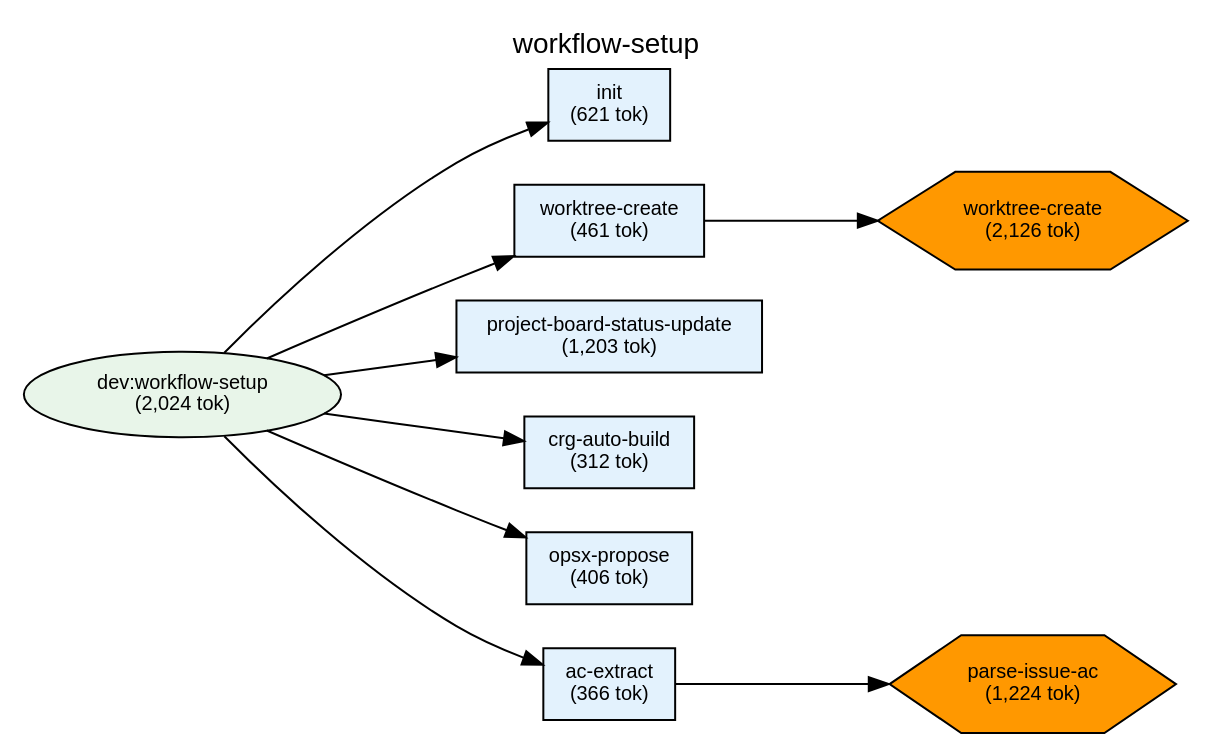
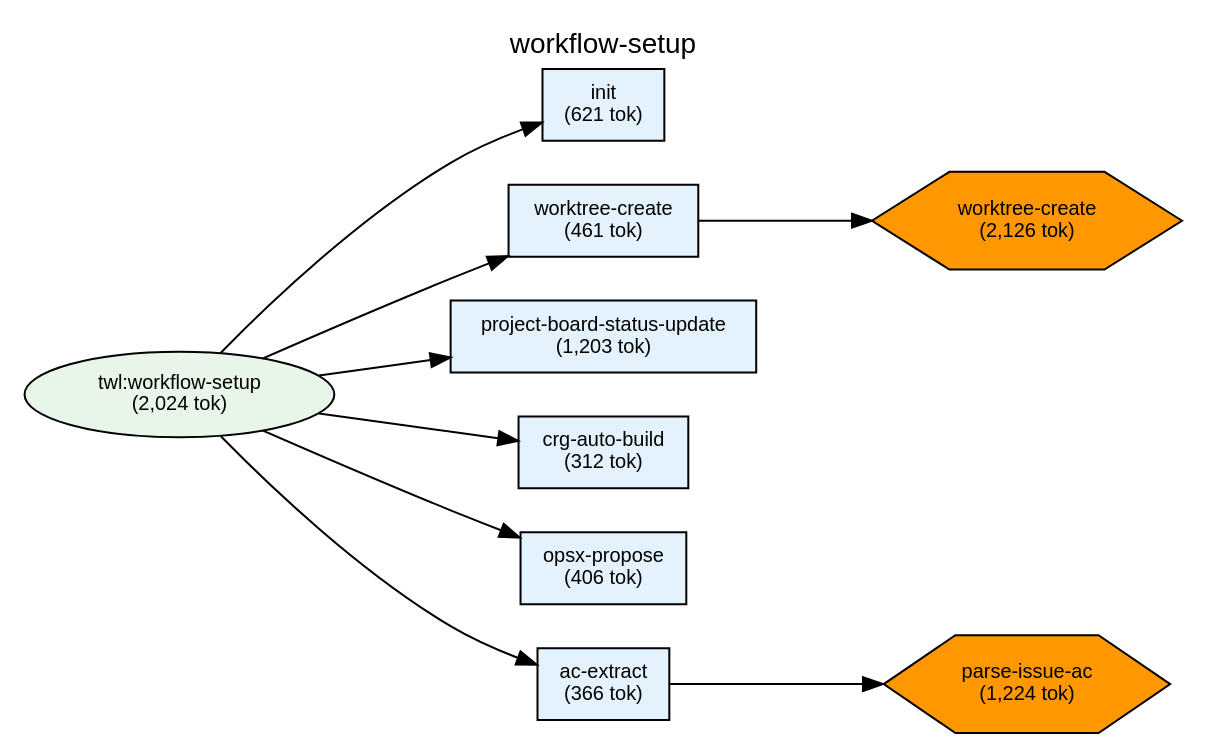
The diagram in plugins/twl/docs/deps-workflow-setup.dot (shuu5/twill), drawn with Graphviz before and after one commit. The commit also changed 19 other files, not shown here.

```diff
--- a/plugins/twl/docs/deps-workflow-setup.dot
+++ b/plugins/twl/docs/deps-workflow-setup.dot
@@ -1,62 +1,62 @@
 digraph Dependencies {
     // Graph settings
     rankdir=LR;
     ranksep=0.8;
     nodesep=0.3;
     fontname="Helvetica";
     node [fontname="Helvetica", fontsize=10];
     edge [fontname="Helvetica", fontsize=9];
     label="workflow-setup";
     labelloc=t;
     fontsize=14;
 
     // L0: Controller Skills
 
     // L0: Launchers
 
     // L0.5: Workflow Skills
-    skill_workflow_setup [label="dev:workflow-setup\n(2,024 tok)", shape=ellipse, style=filled, fillcolor="#e8f5e9"];
+    skill_workflow_setup [label="twl:workflow-setup\n(2,024 tok)", shape=ellipse, style=filled, fillcolor="#e8f5e9"];
 
     // Reference Skills
 
     // L1: Direct Commands
     cmd_init [label="init\n(621 tok)", shape=box, style=filled, fillcolor="#e3f2fd"];
     cmd_worktree_create [label="worktree-create\n(461 tok)", shape=box, style=filled, fillcolor="#e3f2fd"];
     cmd_project_board_status_update [label="project-board-status-update\n(1,203 tok)", shape=box, style=filled, fillcolor="#e3f2fd"];
     cmd_crg_auto_build [label="crg-auto-build\n(312 tok)", shape=box, style=filled, fillcolor="#e3f2fd"];
     cmd_opsx_propose [label="opsx-propose\n(406 tok)", shape=box, style=filled, fillcolor="#e3f2fd"];
     cmd_ac_extract [label="ac-extract\n(366 tok)", shape=box, style=filled, fillcolor="#e3f2fd"];
 
     // L2: Sub Commands
 
     // L3: Agents
 
     // L3.5: Scripts
     script_worktree_create [label="worktree-create\n(2,126 tok)", shape=hexagon, style=filled, fillcolor="#FF9800"];
     script_parse_issue_ac [label="parse-issue-ac\n(1,224 tok)", shape=hexagon, style=filled, fillcolor="#FF9800"];
 
     // L4: External
 
     // Layer constraints
     { rank=same; skill_workflow_setup; }
     { rank=same; cmd_init; cmd_worktree_create; cmd_project_board_status_update; cmd_crg_auto_build; cmd_opsx_propose; cmd_ac_extract; }
     { rank=same; script_worktree_create; script_parse_issue_ac; }
 
     // Edges
     skill_workflow_setup -> cmd_init;
     skill_workflow_setup -> cmd_worktree_create;
     skill_workflow_setup -> cmd_project_board_status_update;
     skill_workflow_setup -> cmd_crg_auto_build;
     skill_workflow_setup -> cmd_opsx_propose;
     skill_workflow_setup -> cmd_ac_extract;
     cmd_worktree_create -> script_worktree_create;
     cmd_ac_extract -> script_parse_issue_ac;
 
     // Ordering constraints (invisible edges)
     cmd_init -> cmd_worktree_create [style=invis, weight=10];
     cmd_worktree_create -> cmd_project_board_status_update [style=invis, weight=10];
     cmd_project_board_status_update -> cmd_crg_auto_build [style=invis, weight=10];
     cmd_crg_auto_build -> cmd_opsx_propose [style=invis, weight=10];
     cmd_opsx_propose -> cmd_ac_extract [style=invis, weight=10];
 
 }
```
